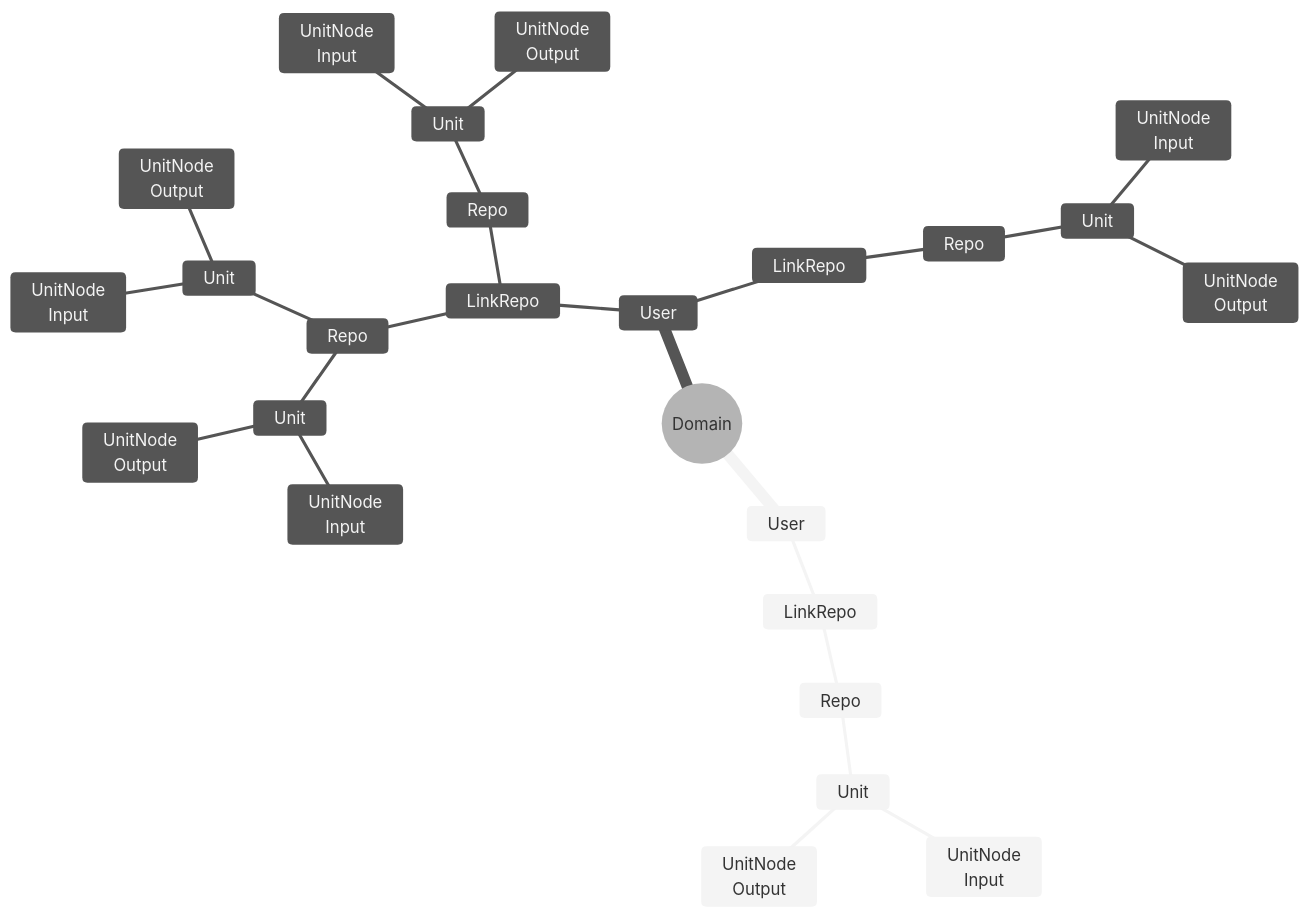
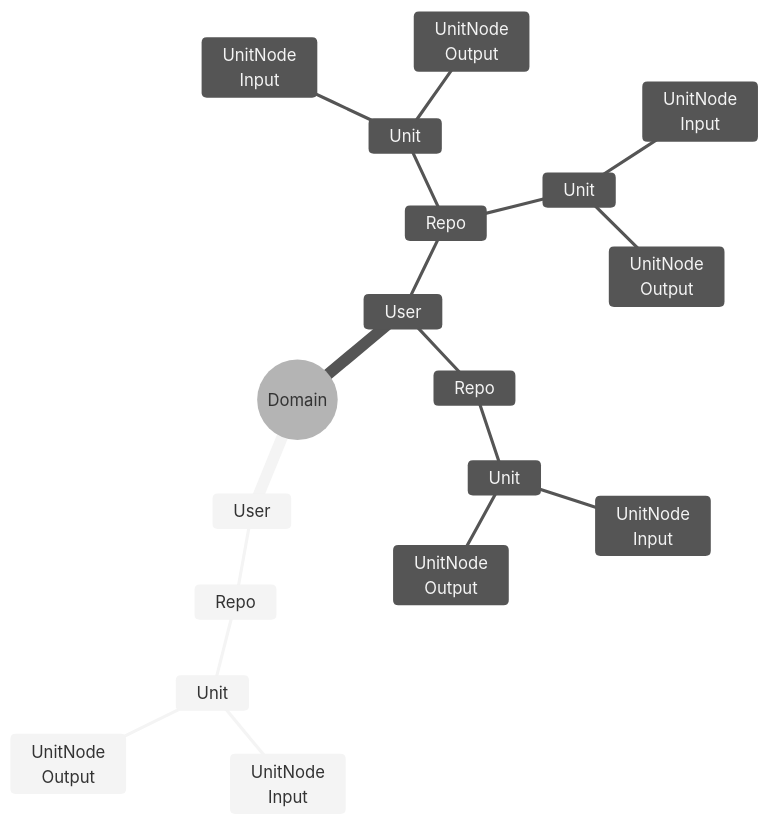
One commit to w7a8n1y4a/pepeunit changed the diagram in docs/idea-func.md. Above: the diagram before and after it, drawn with Mermaid (neutral theme). The commit also changed other lines of this file, not shown here.

Commit message:
feat(mod): add conception modifier

````diff
--- a/docs/idea-func.md
+++ b/docs/idea-func.md
@@ -45,28 +47,21 @@
 ```mermaid
 mindmap
     root((Domain))
         User
-            LinkRepo
-                Repo
-                    Unit
-                        UnitNode<br/>Input
-                        UnitNode<br/>Output
+            Repo
+                Unit
+                    UnitNode<br/>Input
+                    UnitNode<br/>Output
         User
-            LinkRepo
-                Repo
-                    Unit
-                        UnitNode<br/>Input
-                        UnitNode<br/>Output
-                    Unit
-                        UnitNode<br/>Input
-                        UnitNode<br/>Output
-                Repo
-                    Unit
-                        UnitNode<br/>Input
-                        UnitNode<br/>Output
-            LinkRepo
-                Repo
-                    Unit
-                        UnitNode<br/>Input
-                        UnitNode<br/>Output
+            Repo
+                Unit
+                    UnitNode<br/>Input
+                    UnitNode<br/>Output
+                Unit
+                    UnitNode<br/>Input
+                    UnitNode<br/>Output
+            Repo
+                Unit
+                    UnitNode<br/>Input
+                    UnitNode<br/>Output
 ```
````
